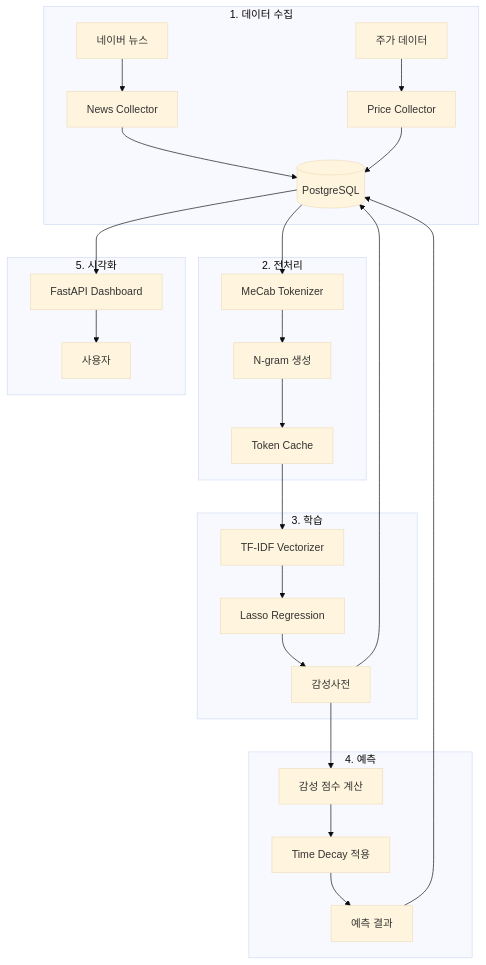
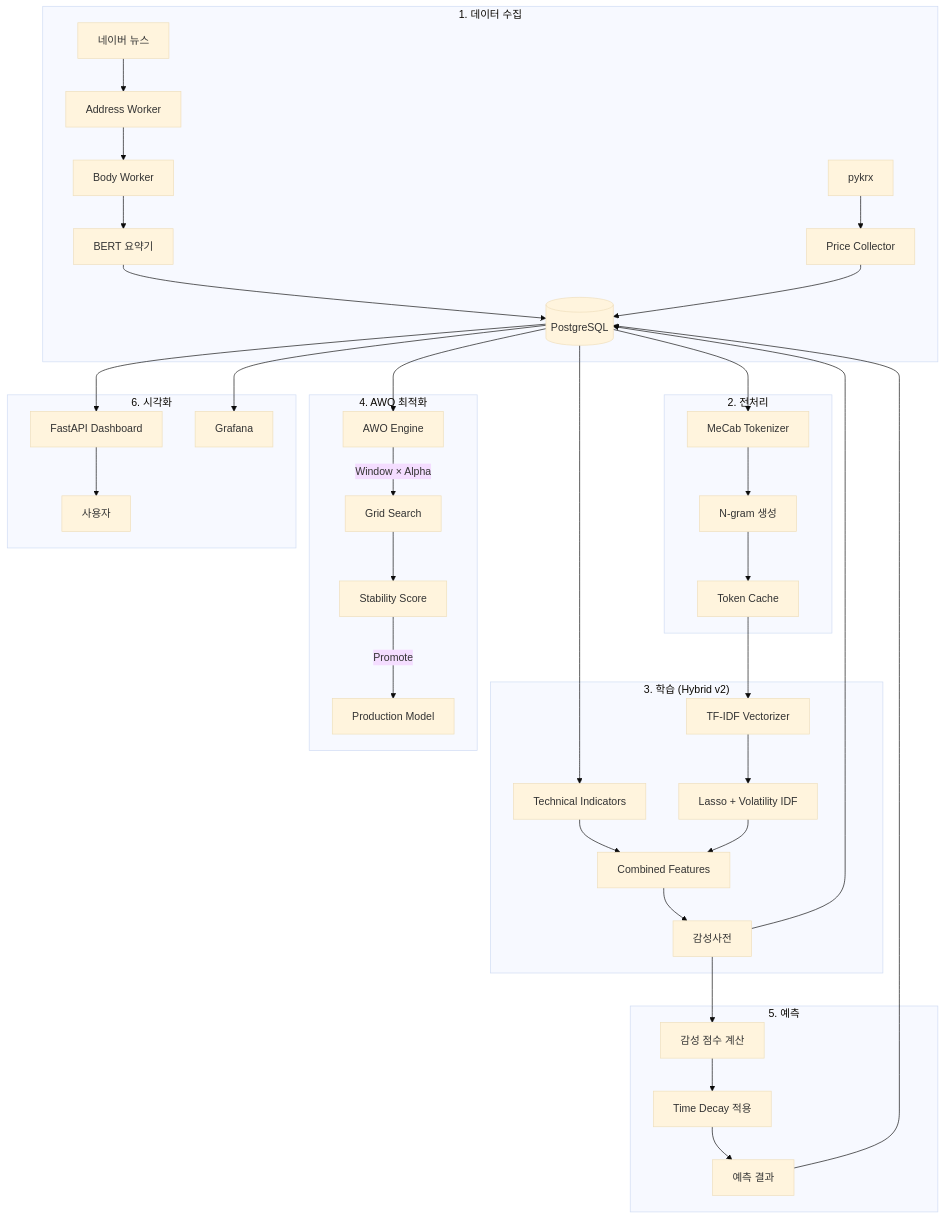
One commit to silverwoods-dev/N-SentiTrader changed the second of 4 diagrams in README.md. Above: the diagram before and after it, drawn with Mermaid (base theme). The commit also changed other lines of this file, not shown here.

````diff
--- a/README.md
+++ b/README.md
@@ -84,34 +124,47 @@
 ```mermaid
 flowchart TD
     subgraph "1. 데이터 수집"
-        News[네이버 뉴스] --> Collector[News Collector]
-        Price[주가 데이터] --> PriceCollector[Price Collector]
-        Collector --> DB[(PostgreSQL)]
+        News[네이버 뉴스] --> AddressWorker[Address Worker]
+        AddressWorker --> BodyWorker[Body Worker]
+        BodyWorker --> Summarizer[BERT 요약기]
+        Summarizer --> DB[(PostgreSQL)]
+        Price[pykrx] --> PriceCollector[Price Collector]
         PriceCollector --> DB
     end
     
     subgraph "2. 전처리"
         DB --> Tokenizer[MeCab Tokenizer]
         Tokenizer --> NGram[N-gram 생성]
         NGram --> Cache[Token Cache]
     end
     
-    subgraph "3. 학습"
+    subgraph "3. 학습 (Hybrid v2)"
         Cache --> TfIdf[TF-IDF Vectorizer]
-        TfIdf --> Lasso[Lasso Regression]
-        Lasso --> Dict[감성사전]
+        TfIdf --> Lasso[Lasso + Volatility IDF]
+        DB --> TechInd[Technical Indicators]
+        TechInd --> Features[Combined Features]
+        Lasso --> Features
+        Features --> Dict[감성사전]
         Dict --> DB
     end
     
-    subgraph "4. 예측"
+    subgraph "4. AWO 최적화"
+        DB --> AWO[AWO Engine]
+        AWO --> |Window × Alpha| GridSearch[Grid Search]
+        GridSearch --> StabilityScore[Stability Score]
+        StabilityScore --> |Promote| Production[Production Model]
+    end
+    
+    subgraph "5. 예측"
         Dict --> Scoring[감성 점수 계산]
         Scoring --> Decay[Time Decay 적용]
         Decay --> Prediction[예측 결과]
         Prediction --> DB
     end
     
-    subgraph "5. 시각화"
+    subgraph "6. 시각화"
         DB --> Dashboard[FastAPI Dashboard]
         Dashboard --> User[사용자]
+        DB --> Grafana[Grafana]
     end
 ```
````
